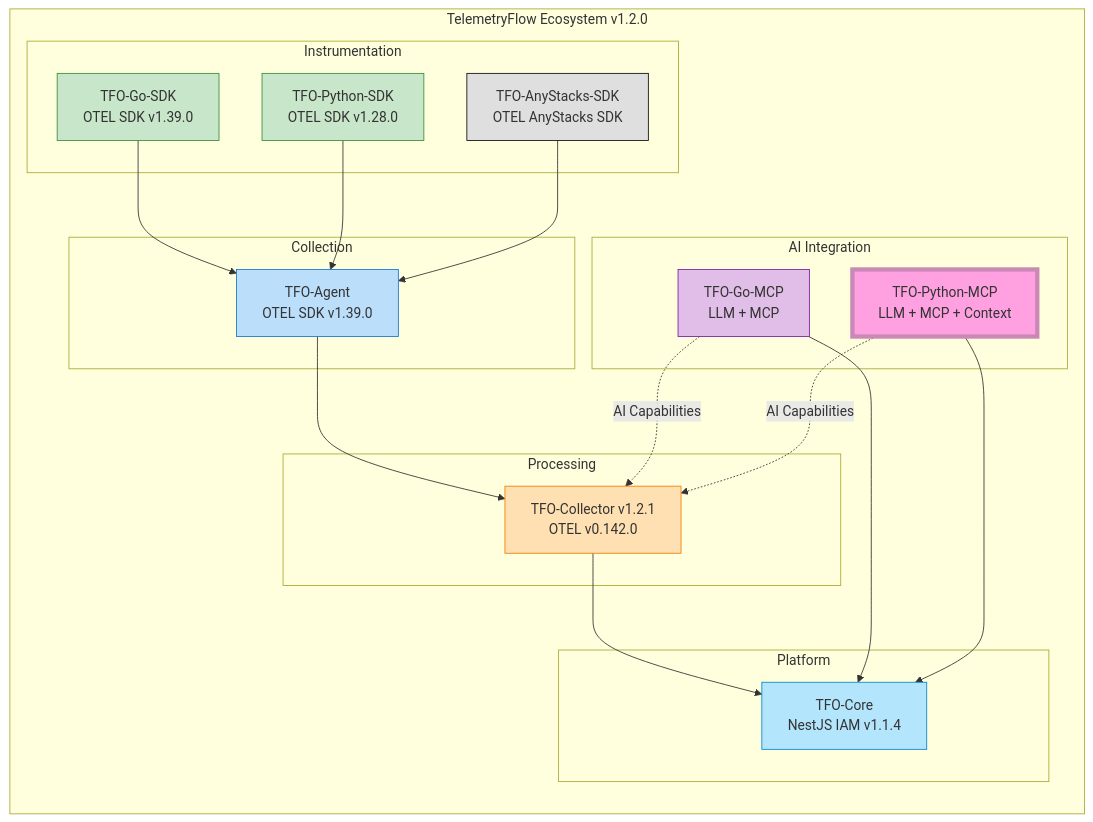
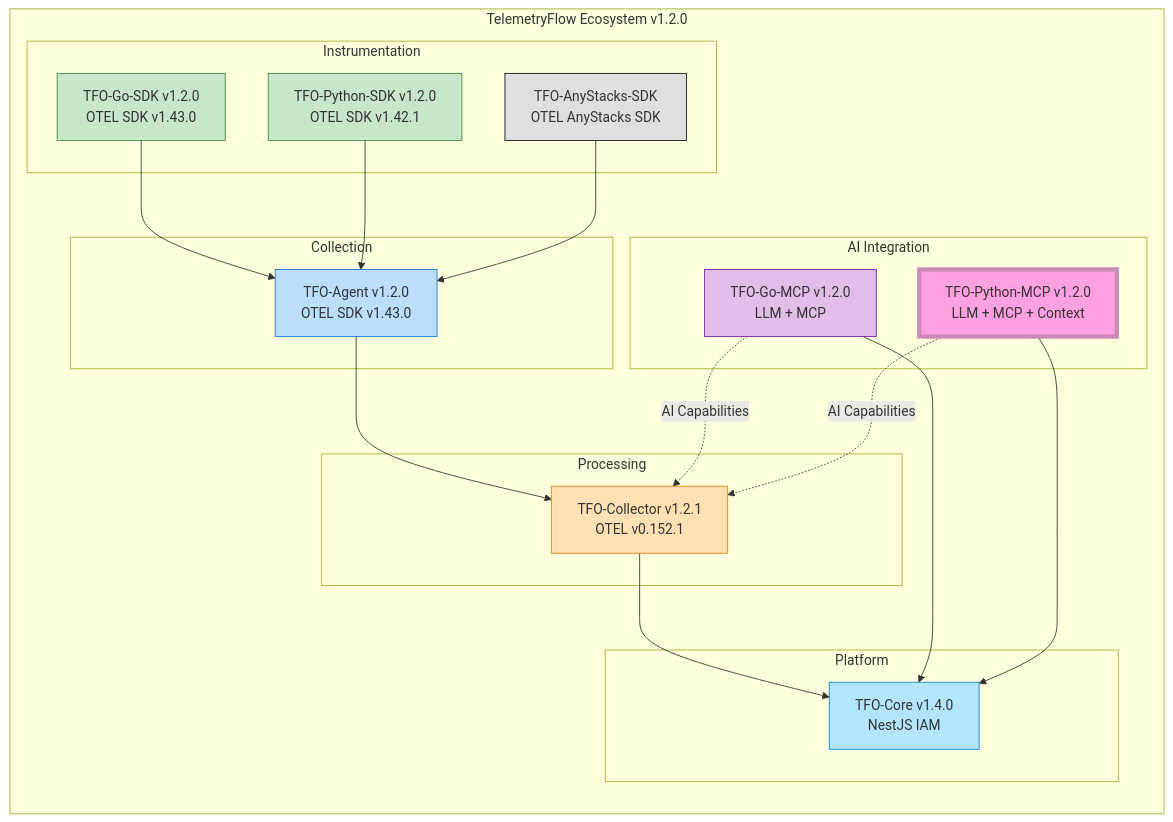
Before and after one commit to telemetryflow/telemetryflow-python-mcp: the first of 3 diagrams in README.md, drawn with Mermaid. The commit also changed other lines of this file, not shown here.

Commit message:
fix: Upgrade GO MCP to v1.2.0 & Unit Test Coverage

````diff
--- a/README.md
+++ b/README.md
@@ -41,42 +41,42 @@
 ```mermaid
 graph LR
     subgraph "TelemetryFlow Ecosystem v1.2.0"
         subgraph "Instrumentation"
-            SDK_GO[TFO-Go-SDK<br/>OTEL SDK v1.39.0]
-            SDK_PY[TFO-Python-SDK<br/>OTEL SDK v1.28.0]
+            SDK_GO[TFO-Go-SDK v1.2.0<br/>OTEL SDK v1.43.0]
+            SDK_PY[TFO-Python-SDK v1.2.0<br/>OTEL SDK v1.42.1]
             SDK_OTHER[TFO-AnyStacks-SDK<br/>OTEL AnyStacks SDK]
         end
         subgraph "Collection"
-            AGENT[TFO-Agent<br/>OTEL SDK v1.39.0]
+            AGENT[TFO-Agent v1.2.0<br/>OTEL SDK v1.43.0]
         end
         subgraph "Processing"
-            COLLECTOR[TFO-Collector v1.2.1<br/>OTEL v0.142.0]
+            COLLECTOR[TFO-Collector v1.2.1<br/>OTEL v0.152.1]
         end
         subgraph "AI Integration"
-            MCP_GO[TFO-Go-MCP<br/>LLM + MCP]
-            MCP_PY[TFO-Python-MCP<br/>LLM + MCP + Context]
+            MCP_GO[TFO-Go-MCP v1.2.0<br/>LLM + MCP]
+            MCP_PY[TFO-Python-MCP v1.2.0<br/>LLM + MCP + Context]
         end
         subgraph "Platform"
-            CORE[TFO-Core<br/>NestJS IAM v1.1.4]
+            CORE[TFO-Core v1.4.0<br/>NestJS IAM]
         end
     end
 
     SDK_GO --> AGENT
     SDK_PY --> AGENT
     SDK_OTHER --> AGENT
     AGENT --> COLLECTOR
     COLLECTOR --> CORE
     MCP_GO --> CORE
     MCP_PY --> CORE
     MCP_GO -.-> |AI Capabilities| COLLECTOR
     MCP_PY -.-> |AI Capabilities| COLLECTOR
 
     style MCP_GO fill:#E1BEE7,stroke:#7B1FA2
     style MCP_PY fill:#FFA1E1,stroke:#C989B4,stroke-width:5px
     style SDK_GO fill:#C8E6C9,stroke:#388E3C
     style SDK_PY fill:#C8E6C9,stroke:#388E3C
     style SDK_OTHER fill:#DFDFDF,stroke:#0F0F0F
     style AGENT fill:#BBDEFB,stroke:#1976D2
     style COLLECTOR fill:#FFE0B2,stroke:#F57C00
     style CORE fill:#B3E5FC,stroke:#0288D1
 ```
````
